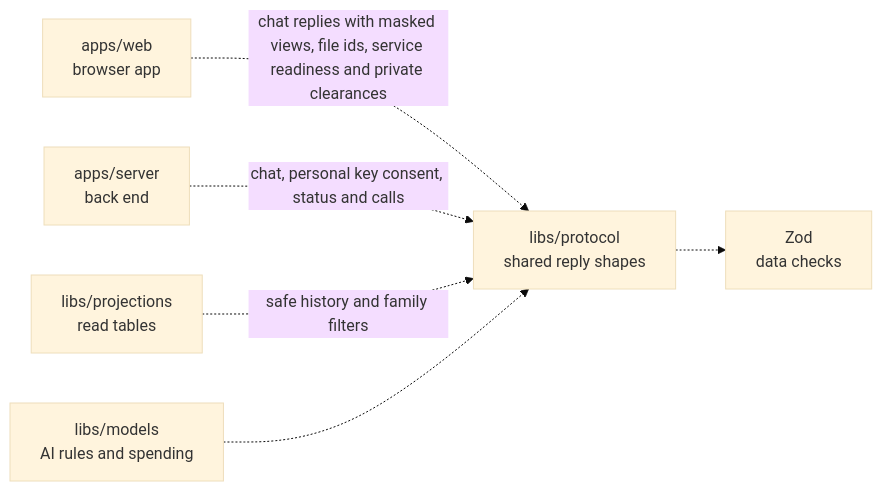
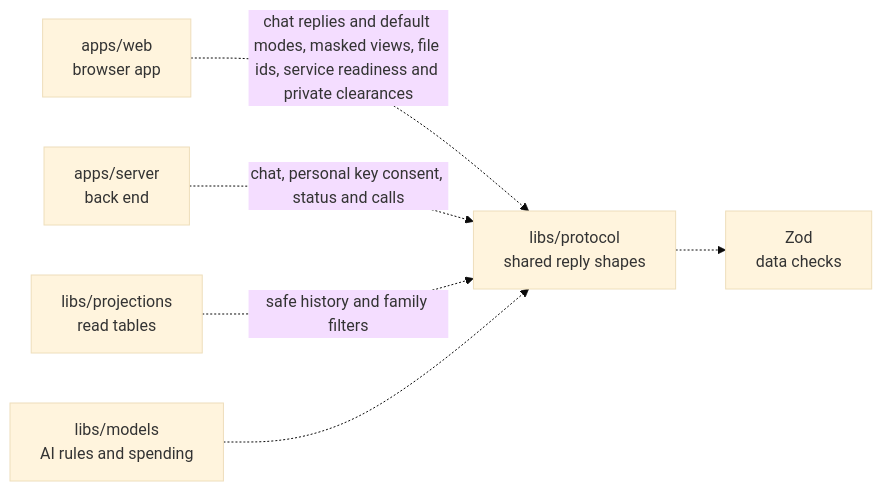
The diagram in libs/protocol/README.md (elewa-git/opencrane-new), drawn with Mermaid (base theme) before and after one commit. The commit also changed other lines of this file and 41 other files, not shown here.

````diff
--- a/libs/protocol/README.md
+++ b/libs/protocol/README.md
@@ -52,8 +52,8 @@
 ```mermaid
 flowchart LR
-  web["apps/web<br/>browser app"] -.->|chat replies with masked views, file ids, service readiness and private clearances| protocol["libs/protocol<br/>shared reply shapes"]
+  web["apps/web<br/>browser app"] -.->|chat replies and default modes, masked views, file ids, service readiness and private clearances| protocol["libs/protocol<br/>shared reply shapes"]
   server["apps/server<br/>back end"] -.->|chat, personal key consent, status and calls| protocol
   projections["libs/projections<br/>read tables"] -.->|safe history and family filters| protocol
   models["libs/models<br/>AI rules and spending"] -.-> protocol
   protocol -.-> zod["Zod<br/>data checks"]
 ```
````
